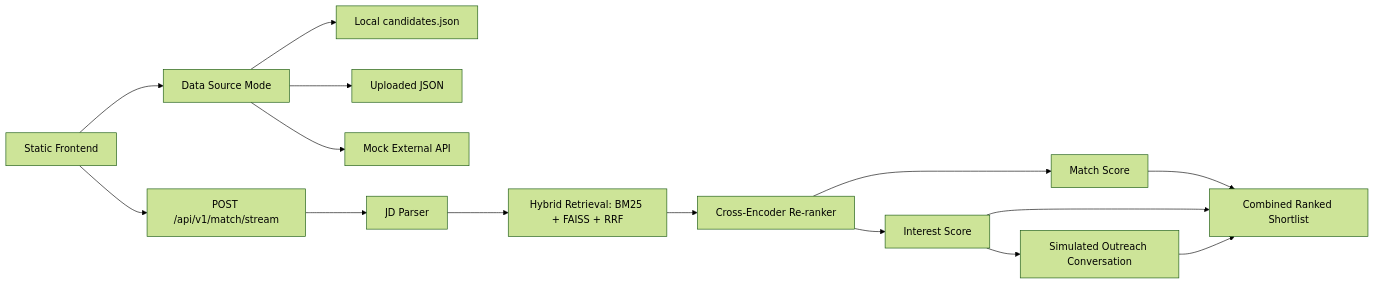
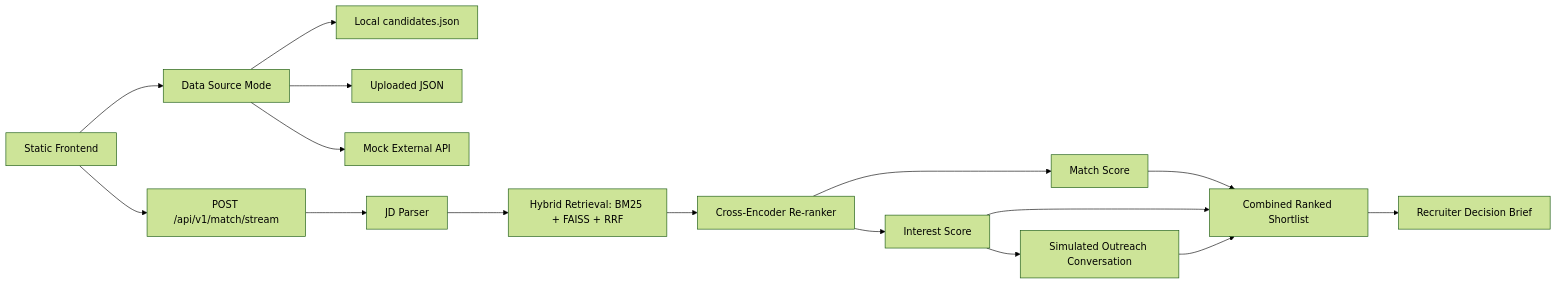
Before and after one commit to harshraj211/ai-recruitment-engine: the diagram in README.md, drawn with Mermaid (forest theme). The commit also changed other lines of this file and 6 other files, not shown here.

Commit message:
Add recruiter decision briefs

````diff
--- a/README.md
+++ b/README.md
@@ -21,17 +22,18 @@
 ```mermaid
 flowchart LR
     UI[Static Frontend] --> DS[Data Source Mode]
     DS --> Local[Local candidates.json]
     DS --> Upload[Uploaded JSON]
     DS --> Mock[Mock External API]
     UI --> Stream[POST /api/v1/match/stream]
     Stream --> Parser[JD Parser]
     Parser --> Retrieval[Hybrid Retrieval: BM25 + FAISS + RRF]
     Retrieval --> Rerank[Cross-Encoder Re-ranker]
     Rerank --> Match[Match Score]
     Rerank --> Interest[Interest Score]
     Interest --> Conversation[Simulated Outreach Conversation]
     Match --> Final[Combined Ranked Shortlist]
     Interest --> Final
     Conversation --> Final
+    Final --> Brief[Recruiter Decision Brief]
 ```
````
